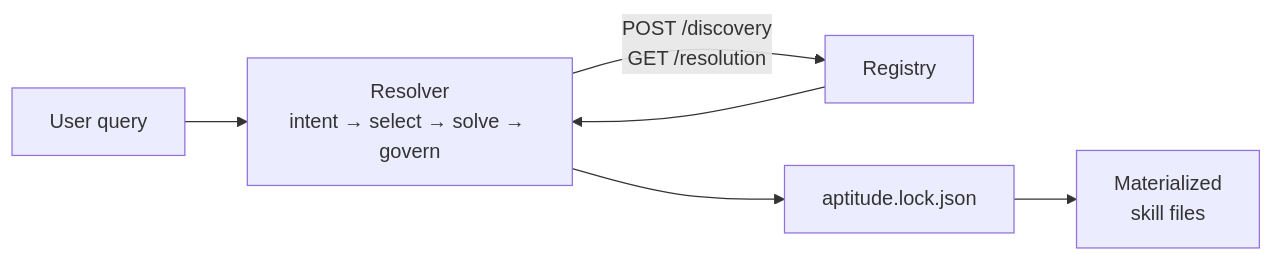
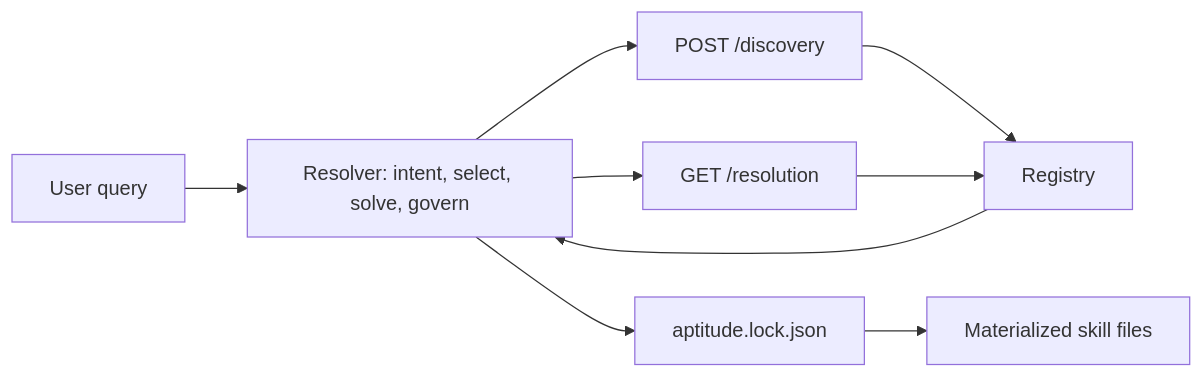
The third of 4 diagrams in product-overview.md (aptitude-stack/docs), drawn with Mermaid before and after one commit. The commit also changed other lines of this file, not shown here.

````diff
--- a/product-overview.md
+++ b/product-overview.md
@@ -165,8 +165,11 @@
 ```mermaid
 flowchart LR
-    Q["User query"] --> RES["Resolver\nintent → select → solve → govern"]
-    RES -->|"POST /discovery\nGET /resolution"| REG["Registry"]
+    Q["User query"] --> RES["Resolver: intent, select, solve, govern"]
+    RES --> DISC["POST /discovery"]
+    RES --> RESOLVE["GET /resolution"]
+    DISC --> REG["Registry"]
+    RESOLVE --> REG
     REG --> RES
     RES --> LF["aptitude.lock.json"]
-    LF --> MAT["Materialized\nskill files"]
+    LF --> MAT["Materialized skill files"]
 ```
````
